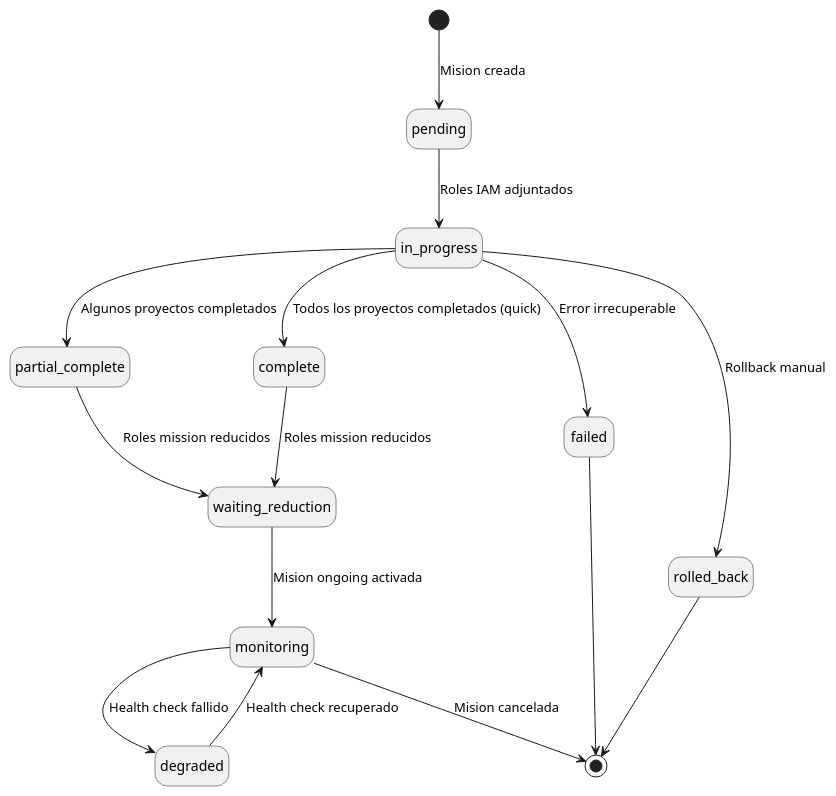
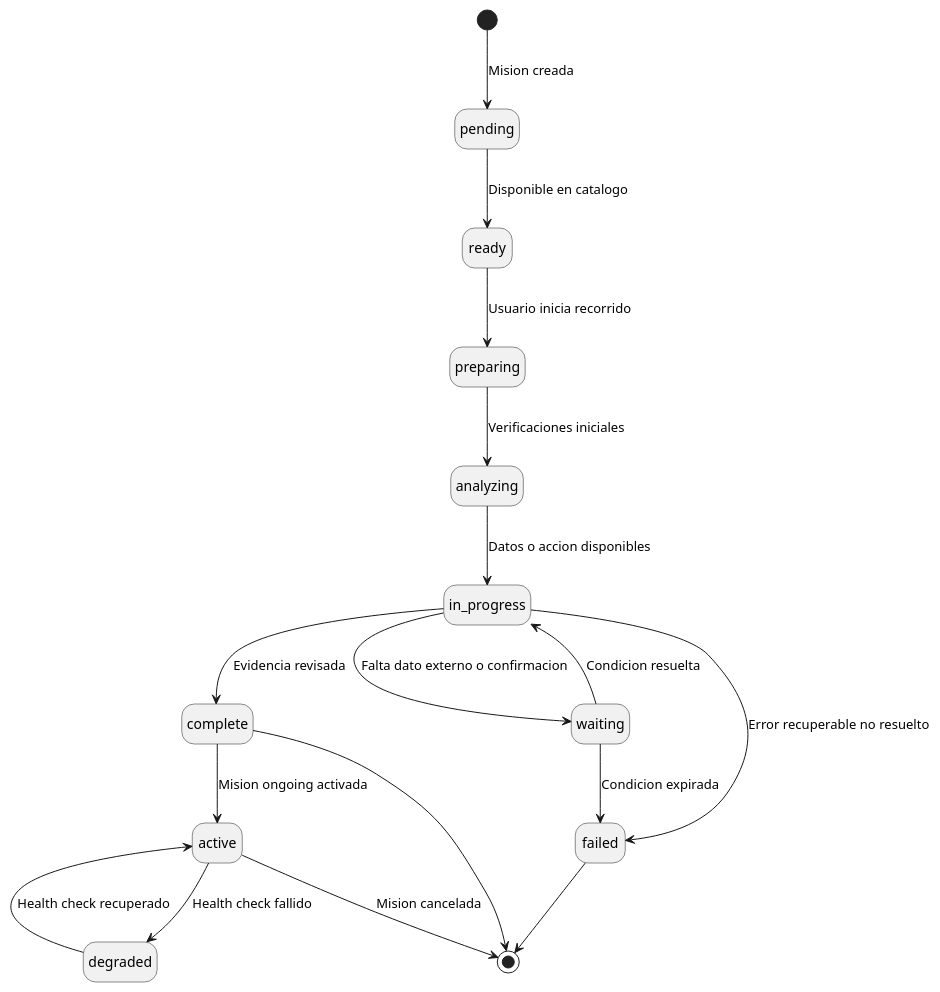
The diagram in Capítulos/Capítulo 2/MdD/DiagramasEstado/MisionFinOps/MisionFinOps.puml (JoseSalceda/TFG), drawn with PlantUML before and after one commit. The commit also changed 103 other files, not shown here.

```diff
--- a/Capítulos/Capítulo 2/MdD/DiagramasEstado/MisionFinOps/MisionFinOps.puml
+++ b/Capítulos/Capítulo 2/MdD/DiagramasEstado/MisionFinOps/MisionFinOps.puml
@@ -1,24 +1,27 @@
 @startuml MisionFinOps
 hide empty description
 
 [*] --> pending : Mision creada
 
-pending --> in_progress : Roles IAM adjuntados
+pending --> ready : Disponible en catalogo
 
-in_progress --> partial_complete : Algunos proyectos completados
-in_progress --> complete : Todos los proyectos completados (quick)
-in_progress --> failed : Error irrecuperable
-in_progress --> rolled_back : Rollback manual
+ready --> preparing : Usuario inicia recorrido
+preparing --> analyzing : Verificaciones iniciales
+analyzing --> in_progress : Datos o accion disponibles
 
-partial_complete --> waiting_reduction : Roles mission reducidos
-complete --> waiting_reduction : Roles mission reducidos
+in_progress --> waiting : Falta dato externo o confirmacion
+waiting --> in_progress : Condicion resuelta
 
-waiting_reduction --> monitoring : Mision ongoing activada
-monitoring --> degraded : Health check fallido
-degraded --> monitoring : Health check recuperado
+in_progress --> complete : Evidencia revisada
+in_progress --> failed : Error recuperable no resuelto
+waiting --> failed : Condicion expirada
+
+complete --> active : Mision ongoing activada
+active --> degraded : Health check fallido
+degraded --> active : Health check recuperado
 
 failed --> [*]
-rolled_back --> [*]
-monitoring --> [*] : Mision cancelada
+complete --> [*]
+active --> [*] : Mision cancelada
 
 @enduml
```
